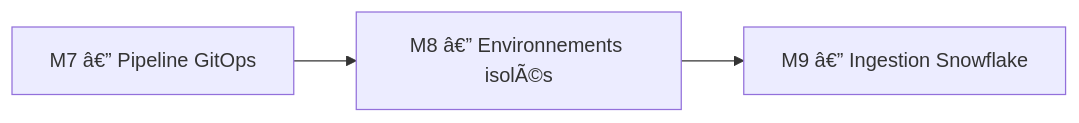
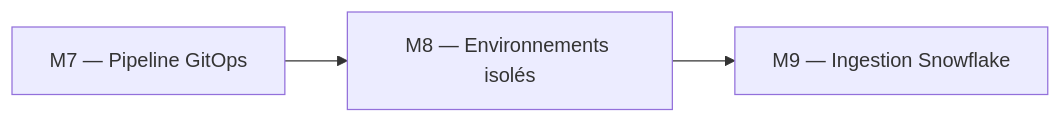
Before and after one commit to msellamiTN/data-plateform-iac: the first of 2 diagrams in courses/day-04/module-08-environments/lab.md, drawn with Mermaid. The commit also changed other lines of this file and 235 other files, not shown here.

````diff
--- a/courses/day-04/module-08-environments/lab.md
+++ b/courses/day-04/module-08-environments/lab.md
@@ -55,5 +55,5 @@
 ```mermaid
 flowchart LR
-    M7[M7 â€” Pipeline GitOps] --> M8[M8 â€” Environnements isolÃ©s]
-    M8 --> M9[M9 â€” Ingestion Snowflake]
+    M7[M7 — Pipeline GitOps] --> M8[M8 — Environnements isolés]
+    M8 --> M9[M9 — Ingestion Snowflake]
 ```
````
